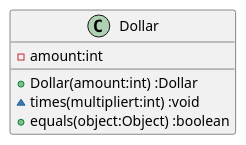
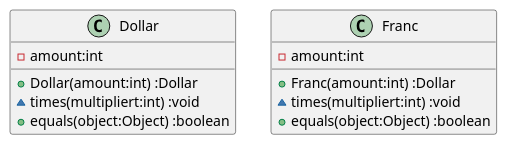
One commit to k2works/etude_for_java changed the diagram in docs/src/TDD.md. Above: the diagram before and after it, drawn with PlantUML. The commit also changed other lines of this file and 3 other files, not shown here.

````diff
--- a/docs/src/TDD.md
+++ b/docs/src/TDD.md
@@ -56,8 +56,14 @@
 ```puml
 class Dollar {
   -amount:int
   +Dollar(amount:int) :Dollar
   ~times(multipliert:int) :void
   +equals(object:Object) :boolean
 }
+class Franc {
+  -amount:int
+  +Franc(amount:int) :Dollar
+  ~times(multipliert:int) :void
+  +equals(object:Object) :boolean
+}
 ```
````
